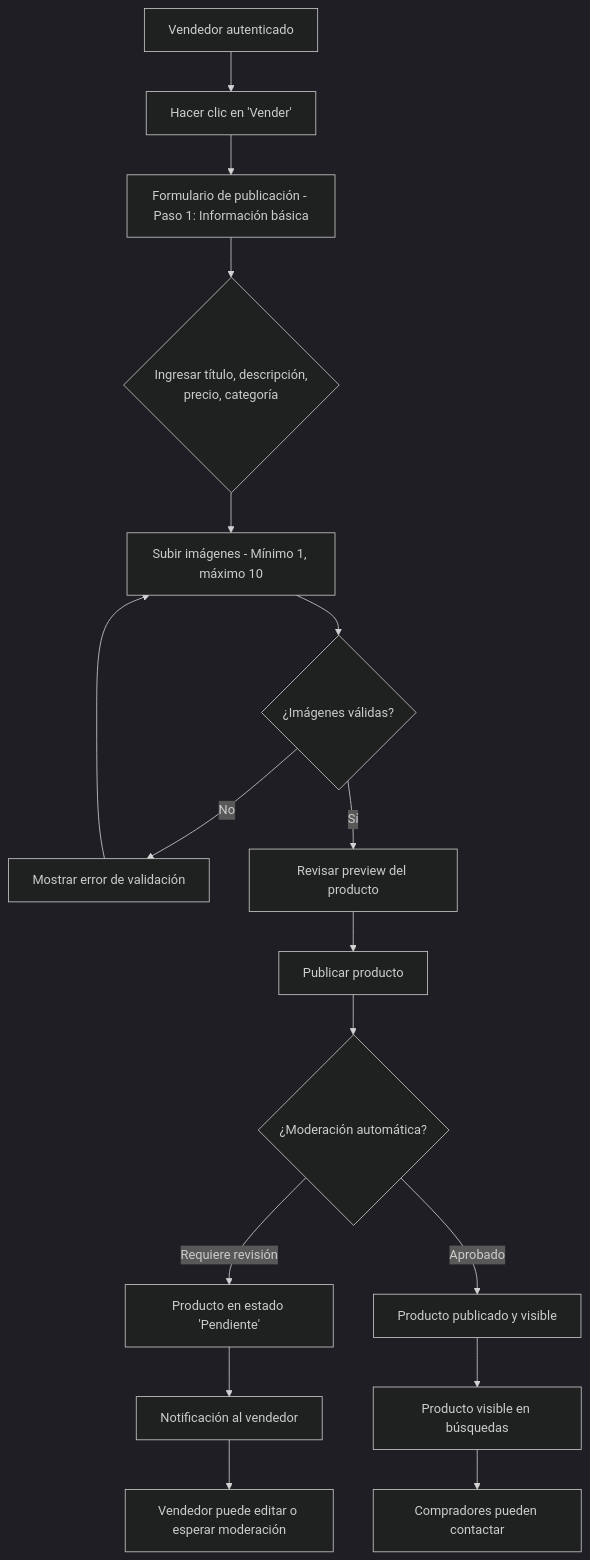
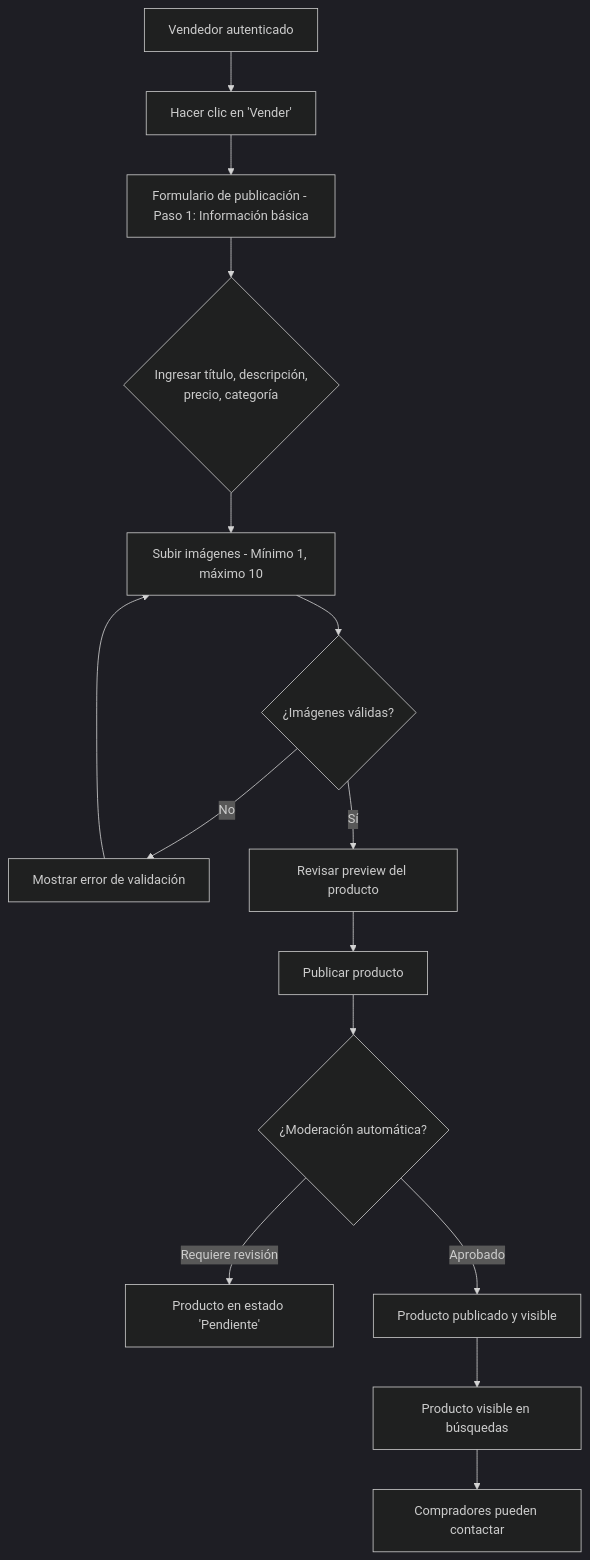
The second of 4 diagrams in docs/diseno-ui-ux.md (Whatfck/UniShop), drawn with Mermaid (dark theme) before and after one commit. The commit also changed other lines of this file and 34 other files, not shown here.

````diff
--- a/docs/diseno-ui-ux.md
+++ b/docs/diseno-ui-ux.md
@@ -597,26 +597,24 @@
 ```mermaid
 flowchart TD
     A[Vendedor autenticado] --> B[Hacer clic en 'Vender']
     B --> C[Formulario de publicación - Paso 1: Información básica]
 
     C --> D{Ingresar título, descripción,<br/>precio, categoría}
     D --> E[Subir imágenes - Mínimo 1, máximo 10]
 
     E --> F{¿Imágenes válidas?}
     F -->|No| G[Mostrar error de validación]
     F -->|Sí| H[Revisar preview del producto]
 
     H --> I[Publicar producto]
     I --> J{¿Moderación automática?}
 
     J -->|Requiere revisión| K[Producto en estado 'Pendiente']
     J -->|Aprobado| L[Producto publicado y visible]
 
-    K --> M[Notificación al vendedor]
-    M --> N[Vendedor puede editar o esperar moderación]
 
     L --> O[Producto visible en búsquedas]
     O --> P[Compradores pueden contactar]
 
     G --> E
 ```
````
